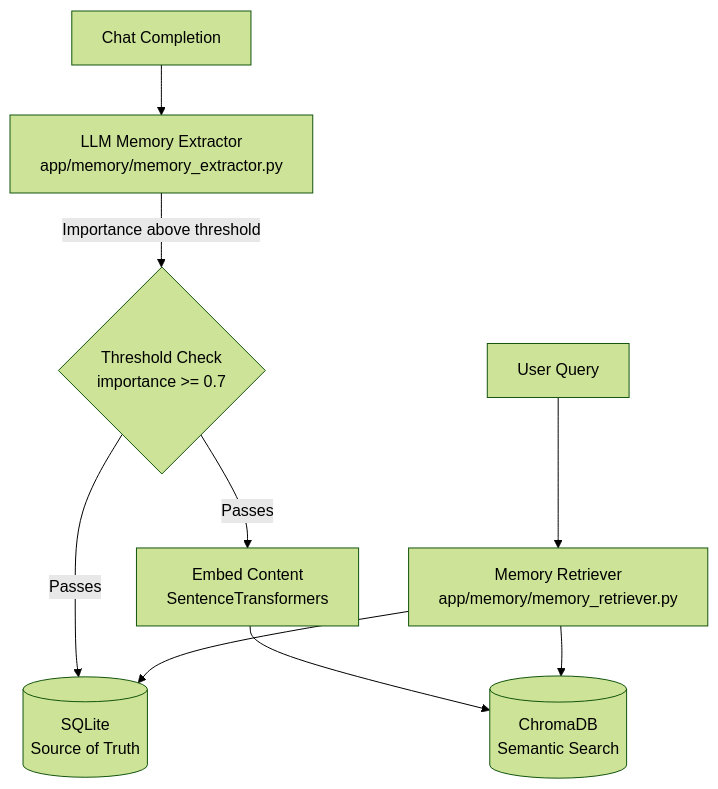
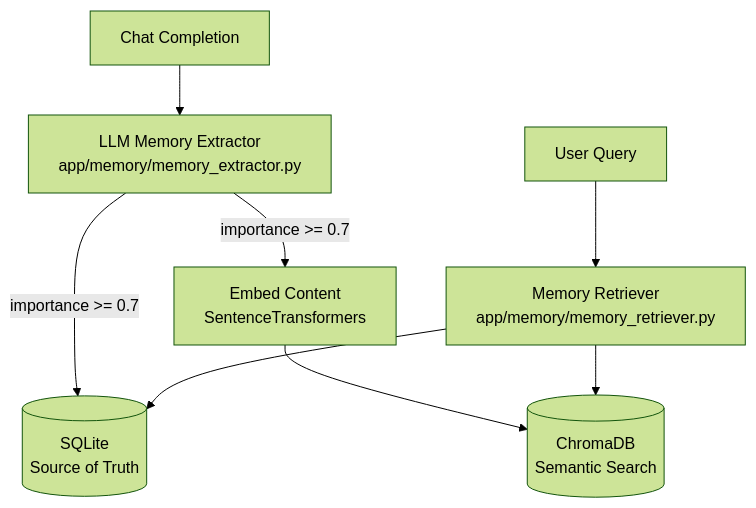
One commit to satwinder-kaur11/ai_assistant_workspace changed the seventh of 9 diagrams in workmate/ARCHITECTURE.md. Above: the diagram before and after it, drawn with Mermaid (forest theme). The commit also changed other lines of this file and 1 other file, not shown here.

First line of the commit message:
docs: rebuild architecture to v3 with retry loop and 10 diagrams

````diff
--- a/workmate/ARCHITECTURE.md
+++ b/workmate/ARCHITECTURE.md
@@ -173,12 +198,11 @@
 ```mermaid
 graph TD
     Chat[Chat Completion] --> Extractor[LLM Memory Extractor\napp/memory/memory_extractor.py]
-    Extractor -->|Importance above threshold| Router{Threshold Check\nimportance >= 0.7}
-    Router -->|Passes| SQLite[(SQLite\nSource of Truth)]
-    Router -->|Passes| Embedder[Embed Content\nSentenceTransformers]
+    Extractor -->|importance >= 0.7| SQLite[(SQLite\nSource of Truth)]
+    Extractor -->|importance >= 0.7| Embedder[Embed Content\nSentenceTransformers]
     Embedder --> Chroma[(ChromaDB\nSemantic Search)]
 
     Query[User Query] --> Retriever[Memory Retriever\napp/memory/memory_retriever.py]
     Retriever --> Chroma
     Retriever --> SQLite
 ```
````
